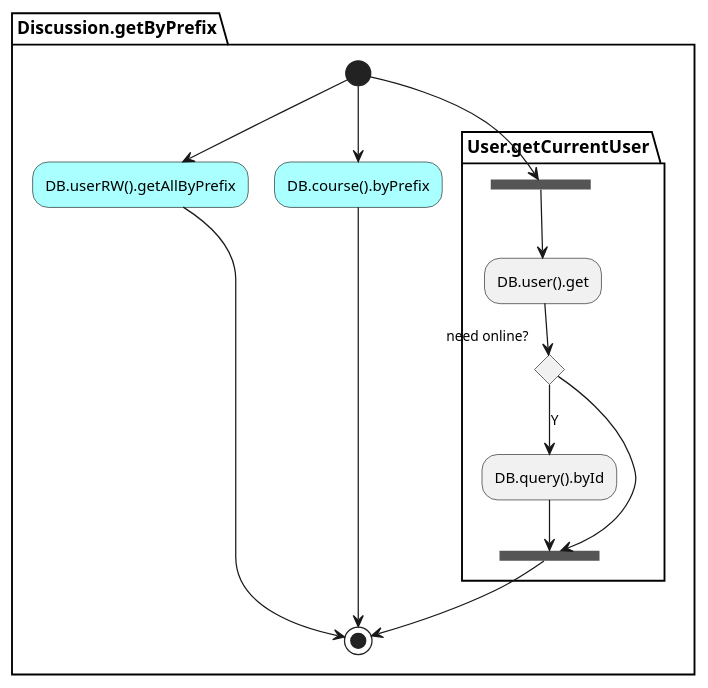
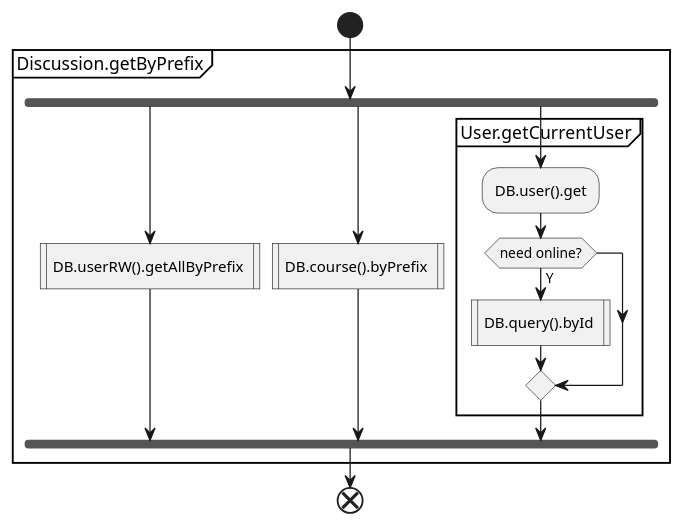
Before and after one commit to MaxXx1313/testwiki: the diagram in controller/img/Discussion.getByPrefix.wsd, drawn with PlantUML. The commit also changed 1 other file, not shown here.

```diff
--- a/controller/img/Discussion.getByPrefix.wsd
+++ b/controller/img/Discussion.getByPrefix.wsd
@@ -1,33 +1,23 @@
 @startuml
 
-skinparam activity {
-  backgroundColor<<external>> #AAFFFF
-  backgroundColor<<operation>> #EEE
-}
-
+start
 partition Discussion.getByPrefix {
 
-    (*) --> DB.userRW().getAllByPrefix <<external>>
-    --> (*)
+    fork
+        :DB.userRW().getAllByPrefix |
+    fork again
+        :DB.course().byPrefix |
+    fork again
 
-    (*) --> DB.course().byPrefix <<external>>
-    --> (*)
+        partition User.getCurrentUser {
+            :DB.user().get;
+            if (need online?) then (Y)
+                :DB.query().byId |
+            endif
+        }
 
-
-    partition User.getCurrentUser {
-
-        (*) --> ===S===
-
-        ===S=== --> DB.user().get
-        --> if "need online?" then
-            --> [Y] DB.query().byId
-            --> ===E===
-        else
-            --> ===E===
-        endif
-
-        ===E=== --> (*)
-    }
+    end fork
 }
+end
 
 @enduml
```
